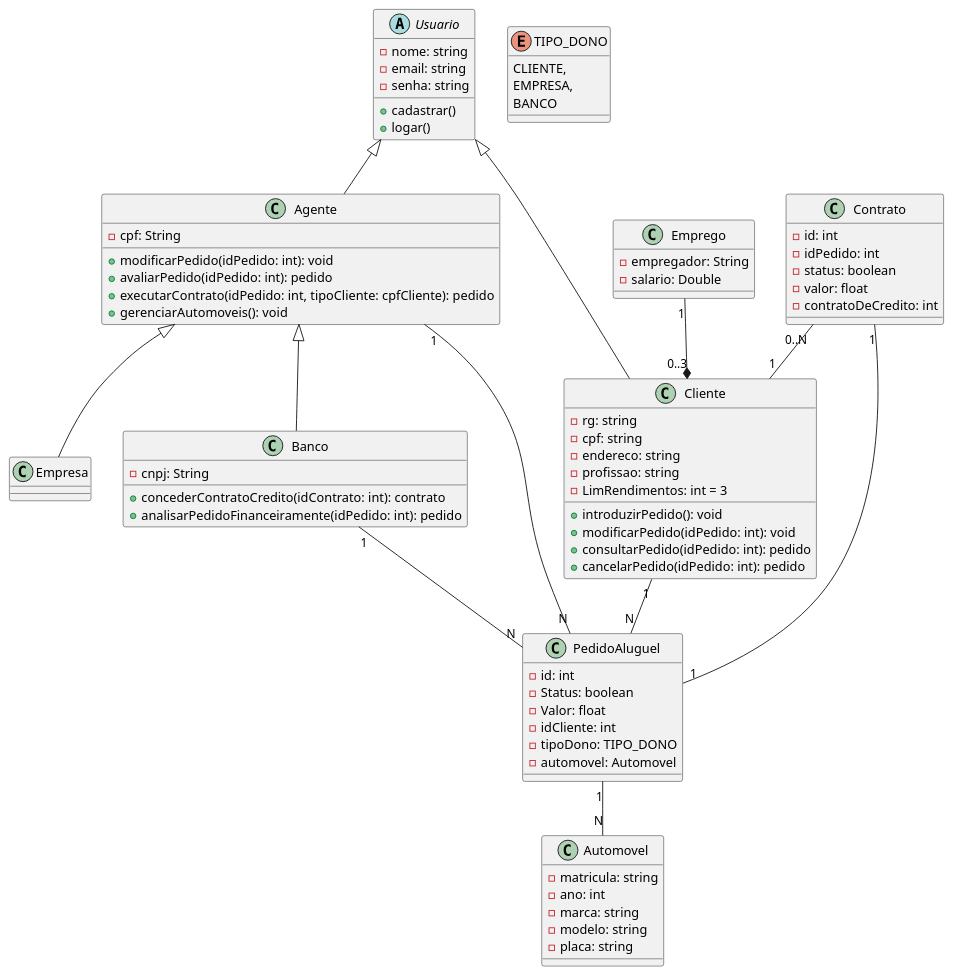
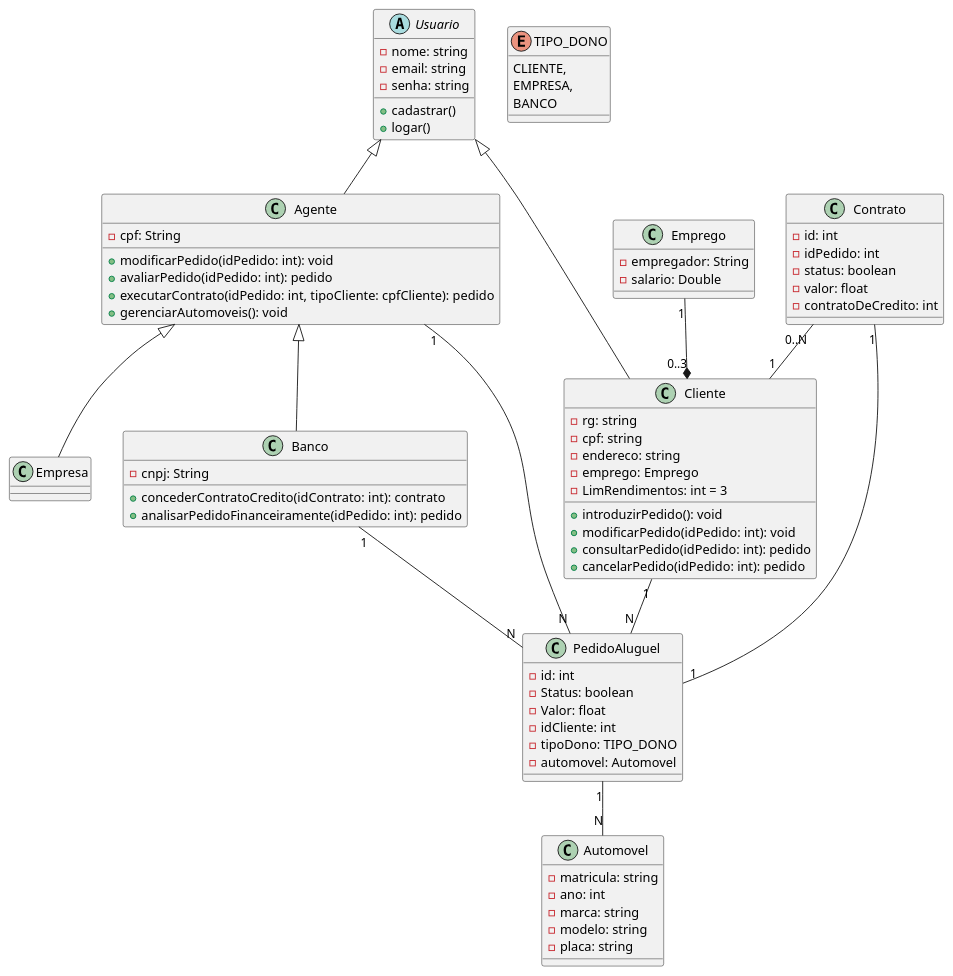
Before and after one commit to GuilhermeFalante/LDS_Aluguel_de_Carros: the diagram in projeto/diagramaDeClasseSprint2.md, drawn with PlantUML. The commit also changed 1 other file, not shown here.

Commit message:
errinho de nada

```diff
--- a/projeto/diagramaDeClasseSprint2.md
+++ b/projeto/diagramaDeClasseSprint2.md
@@ -17,7 +17,7 @@
     -rg: string
     -cpf: string
     -endereco: string
-    -profissao: string
+    -emprego: Emprego
     -LimRendimentos: int = 3
     +introduzirPedido(): void
     +modificarPedido(idPedido: int): void
```
